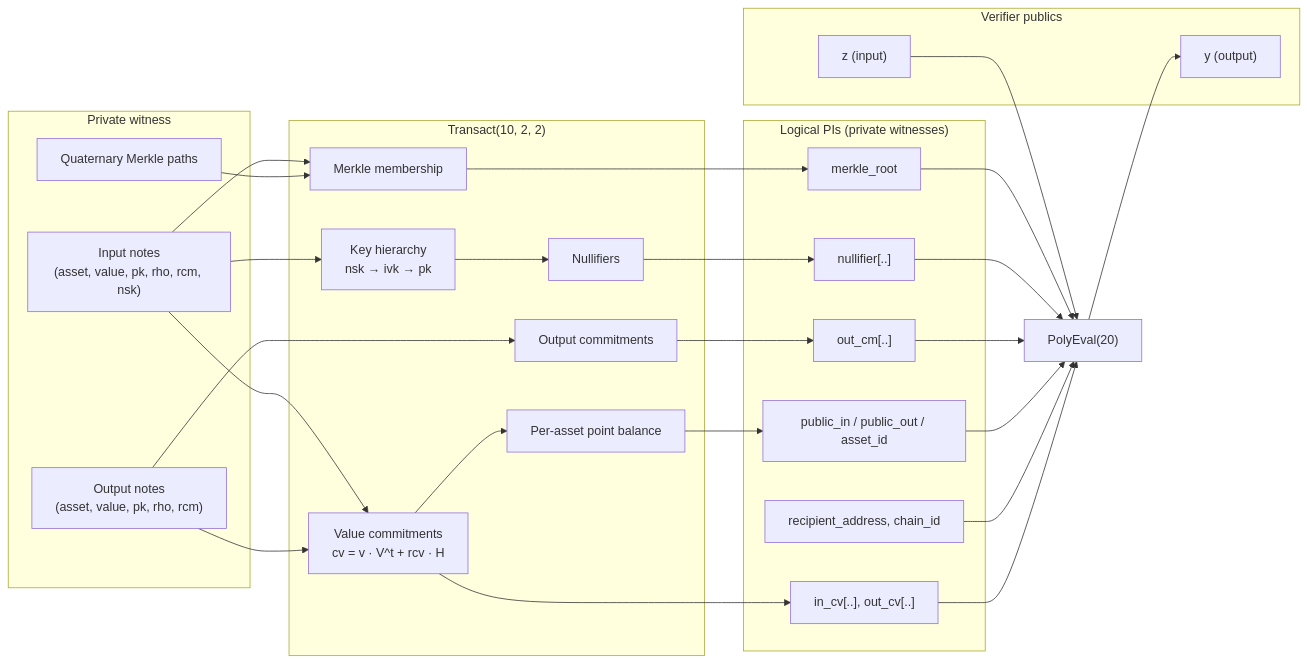
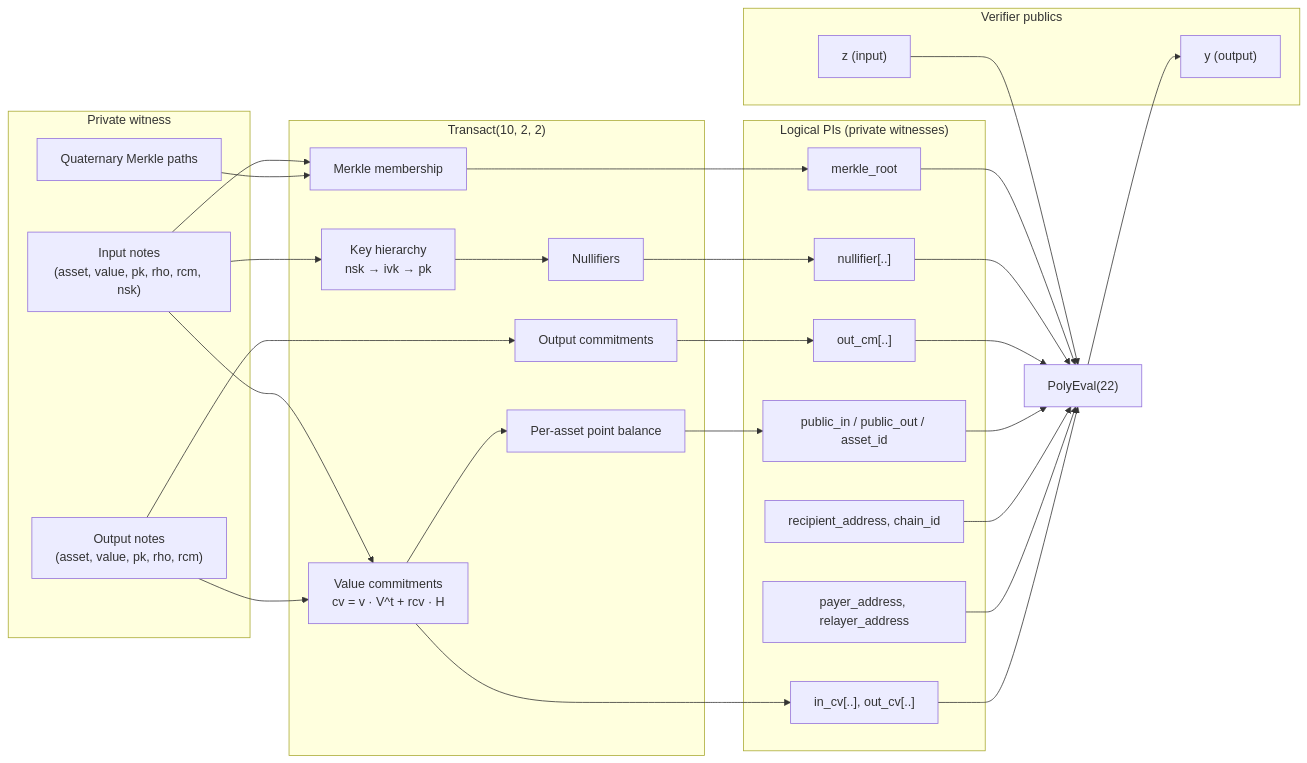
One commit to lelantos-org/circuits changed the first of 5 diagrams in src/README.md. Above: the diagram before and after it, drawn with Mermaid. The commit also changed other lines of this file and 1 other file, not shown here.

````diff
--- a/src/README.md
+++ b/src/README.md
@@ -129,42 +138,44 @@
 ```mermaid
 flowchart LR
     subgraph Witness["Private witness"]
         IN["Input notes<br/>(asset, value, pk, rho, rcm, nsk)"]
         OUT["Output notes<br/>(asset, value, pk, rho, rcm)"]
         MP["Quaternary Merkle paths"]
     end
     subgraph Circuit["Transact(10, 2, 2)"]
         K["Key hierarchy<br/>nsk → ivk → pk"]
         NF["Nullifiers"]
         MT["Merkle membership"]
         CV["Value commitments<br/>cv = v · V^t + rcv · H"]
         BAL["Per-asset point balance"]
         CM["Output commitments"]
     end
     subgraph Logical["Logical PIs (private witnesses)"]
         ROOT["merkle_root"]
         NFS["nullifier[..]"]
         CMS["out_cm[..]"]
         PB["public_in / public_out / asset_id"]
         REC["recipient_address, chain_id"]
+        ADDR["payer_address, relayer_address"]
         CVS["in_cv[..], out_cv[..]"]
     end
     subgraph Pub["Verifier publics"]
         Z["z (input)"]
         Y["y (output)"]
     end
     IN --> K --> NF --> NFS
     IN --> MT --> ROOT
     MP --> MT
     IN --> CV --> CVS
     OUT --> CV
     CV --> BAL --> PB
     OUT --> CM --> CMS
-    ROOT --> PE["PolyEval(20)"]
+    ROOT --> PE["PolyEval(22)"]
     NFS --> PE
     CMS --> PE
     PB --> PE
     REC --> PE
+    ADDR --> PE
     CVS --> PE
     Z --> PE --> Y
 ```
````
